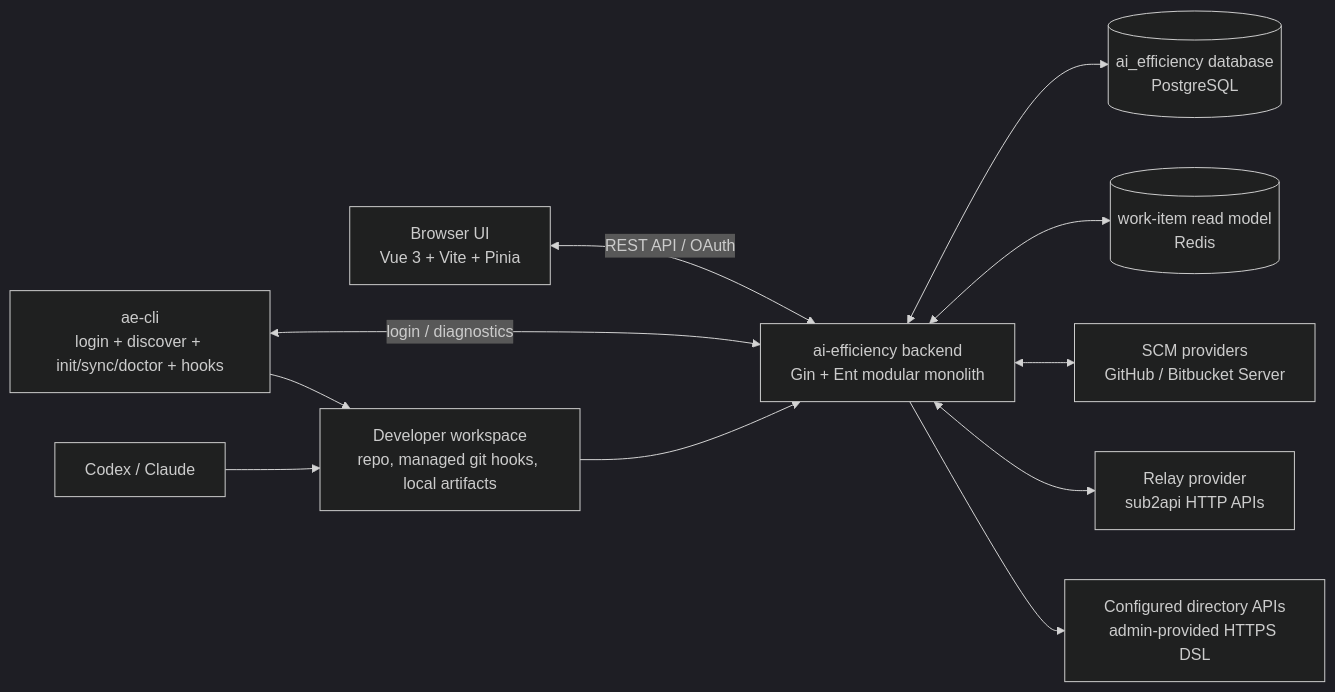
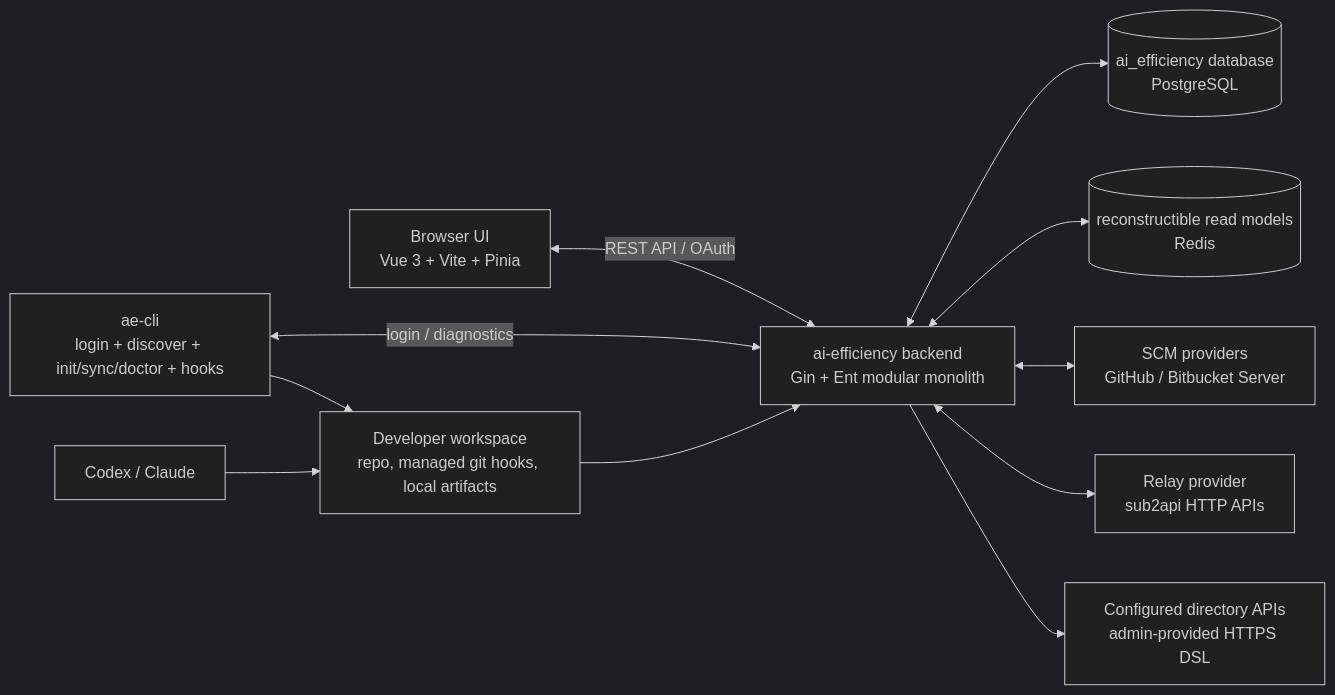
One commit to LichKing-2234/ai-efficiency changed the first of 4 diagrams in docs/architecture.md. Above: the diagram before and after it, drawn with Mermaid (dark theme). The commit also changed other lines of this file and 2 other files, not shown here.

Commit message:
docs(architecture): document personal usage snapshots

````diff
--- a/docs/architecture.md
+++ b/docs/architecture.md
@@ -37,24 +38,24 @@
 ```mermaid
 flowchart LR
     Browser["Browser UI<br/>Vue 3 + Vite + Pinia"]
     CLI["ae-cli<br/>login + discover + init/sync/doctor + hooks"]
     Tool["Codex / Claude"]
     Backend["ai-efficiency backend<br/>Gin + Ent modular monolith"]
     DB[("ai_efficiency database<br/>PostgreSQL")]
-    Redis[("work-item read model<br/>Redis")]
+    Redis[("reconstructible read models<br/>Redis")]
     SCM["SCM providers<br/>GitHub / Bitbucket Server"]
     Relay["Relay provider<br/>sub2api HTTP APIs"]
     Directory["Configured directory APIs<br/>admin-provided HTTPS DSL"]
     Workspace["Developer workspace<br/>repo, managed git hooks, local artifacts"]
 
     Browser <-->|REST API / OAuth| Backend
     CLI <-->|login / diagnostics| Backend
     CLI --> Workspace
     Tool --> Workspace
     Workspace --> Backend
     Backend <--> DB
     Backend <--> Redis
     Backend <--> SCM
     Backend <--> Relay
     Backend --> Directory
 ```
````
